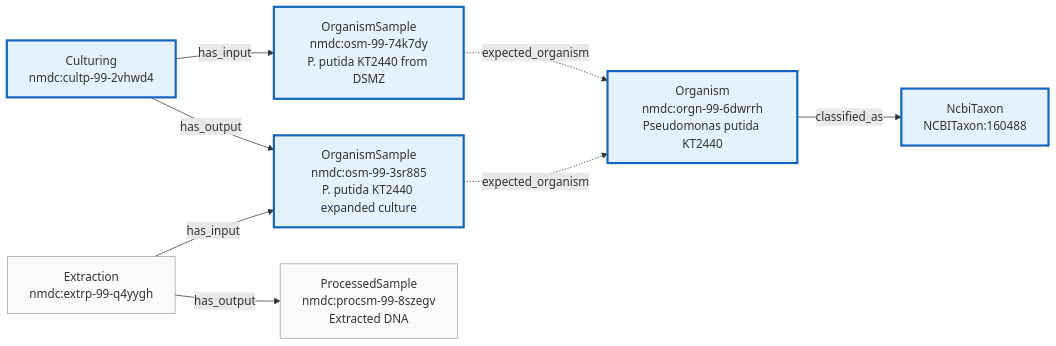
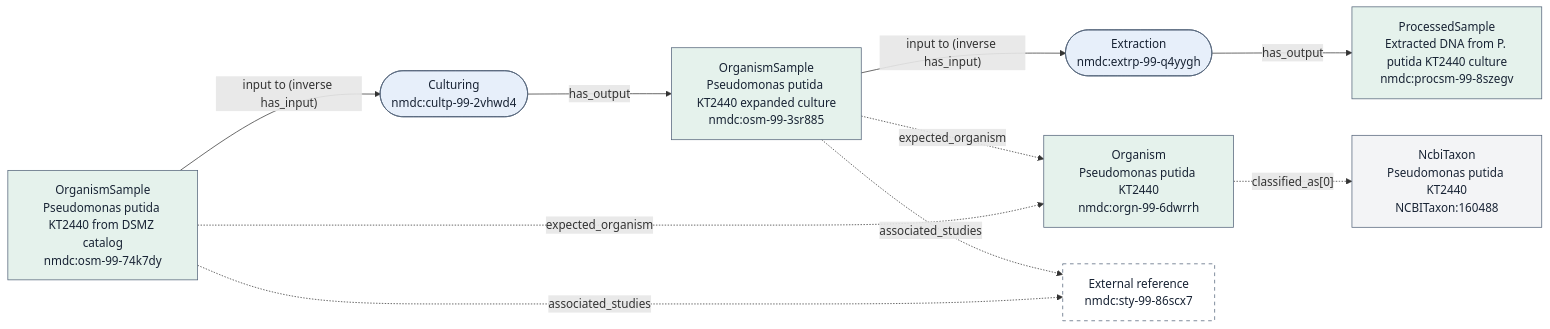
The diagram in src/docs/images/use-case-2-culture-collection.mmd (microbiomedata/nmdc-schema), drawn with Mermaid before and after one commit. The commit also changed 21 other files, not shown here.

Commit message:
Unify Database example diagrams with schema-aware Mermaid generation

```diff
--- a/src/docs/images/use-case-2-culture-collection.mmd
+++ b/src/docs/images/use-case-2-culture-collection.mmd
@@ -1,24 +1,28 @@
-%% Derived from src/data/valid/Database-isolate-from-culture-collection.yaml.
-%% Shows every entity and edge asserted by the data file. No upstream
-%% environmental Biosample — the workflow begins at the culture-collection vial.
+%% Generated by src/scripts/database_to_diagram.py; edit the Database and regenerate.
+%% Source: src/data/valid/Database-isolate-from-culture-collection.yaml
+%% View: workflow
 flowchart LR
-    OSM1["OrganismSample<br/>nmdc:osm-99-74k7dy<br/>P. putida KT2440 from DSMZ"]
-    CULT["Culturing<br/>nmdc:cultp-99-2vhwd4"]
-    OSM2["OrganismSample<br/>nmdc:osm-99-3sr885<br/>P. putida KT2440 expanded culture"]
-    EXT["Extraction<br/>nmdc:extrp-99-q4yygh"]
-    PSM["ProcessedSample<br/>nmdc:procsm-99-8szegv<br/>Extracted DNA"]
-    ORG["Organism<br/>nmdc:orgn-99-6dwrrh<br/>Pseudomonas putida KT2440"]
-    TAX["NcbiTaxon<br/>NCBITaxon:160488"]
-
-    CULT -->|has_input| OSM1
-    CULT -->|has_output| OSM2
-    EXT -->|has_input| OSM2
-    EXT -->|has_output| PSM
-    OSM1 -.->|expected_organism| ORG
-    OSM2 -.->|expected_organism| ORG
-    ORG -->|classified_as| TAX
-
-    classDef newPR fill:#e3f2fd,stroke:#1565c0,stroke-width:3px
-    classDef concrete fill:#fafafa,stroke:#9e9e9e
-    class OSM1,OSM2,CULT,ORG,TAX newPR
-    class EXT,PSM concrete
+  n0["NcbiTaxon<br/>Pseudomonas putida KT2440<br/>NCBITaxon:160488"]:::ontology
+  n1(["Culturing<br/>nmdc:cultp-99-2vhwd4"]):::process
+  n2(["Extraction<br/>nmdc:extrp-99-q4yygh"]):::process
+  n3["Organism<br/>Pseudomonas putida KT2440<br/>nmdc:orgn-99-6dwrrh"]:::sample
+  n4["OrganismSample<br/>Pseudomonas putida KT2440 expanded culture<br/>nmdc:osm-99-3sr885"]:::sample
+  n5["OrganismSample<br/>Pseudomonas putida KT2440 from DSMZ catalog<br/>nmdc:osm-99-74k7dy"]:::sample
+  n6["ProcessedSample<br/>Extracted DNA from P. putida KT2440 culture<br/>nmdc:procsm-99-8szegv"]:::sample
+  n7["External reference<br/>nmdc:sty-99-86scx7"]:::external
+  n1 -->|"has_output"| n4
+  n2 -->|"has_output"| n6
+  n3 -.->|"classified_as[0]"| n0
+  n4 -->|"input to (inverse has_input)"| n2
+  n4 -.->|"expected_organism"| n3
+  n4 -.->|"associated_studies"| n7
+  n5 -->|"input to (inverse has_input)"| n1
+  n5 -.->|"expected_organism"| n3
+  n5 -.->|"associated_studies"| n7
+  classDef sample fill:#e5f2ec,stroke:#526278,color:#182334
+  classDef process fill:#e7effa,stroke:#526278,color:#182334
+  classDef data fill:#fff0d9,stroke:#526278,color:#182334
+  classDef manifest fill:#f1e8fa,stroke:#526278,color:#182334
+  classDef ontology fill:#f3f4f6,stroke:#526278,color:#182334
+  classDef record fill:#eef0f4,stroke:#526278,color:#182334
+  classDef external fill:#ffffff,stroke:#526278,color:#182334,stroke-dasharray:5 5
```
